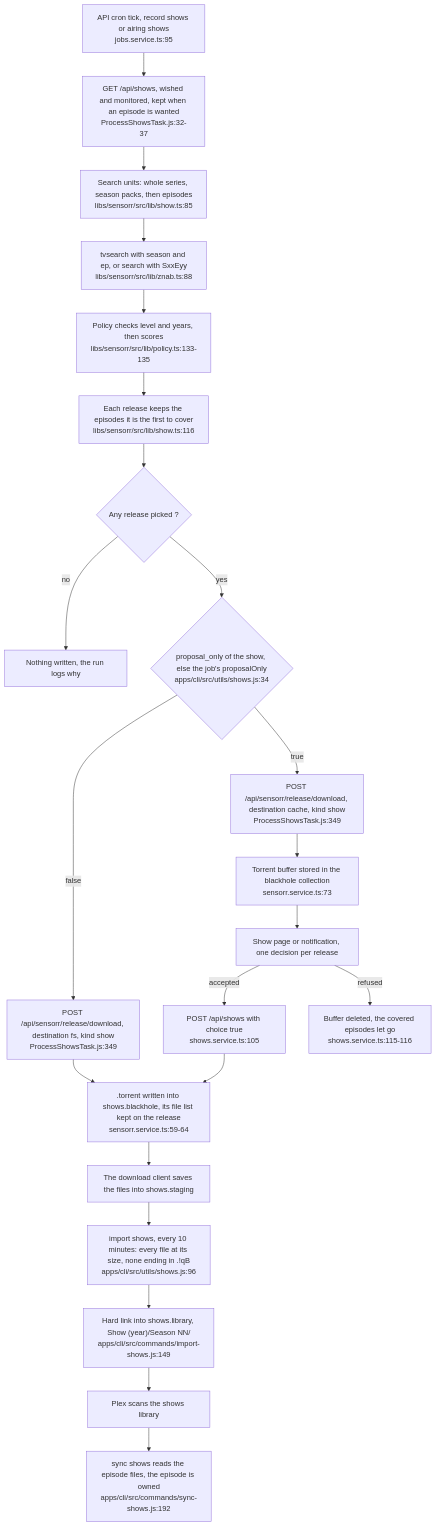
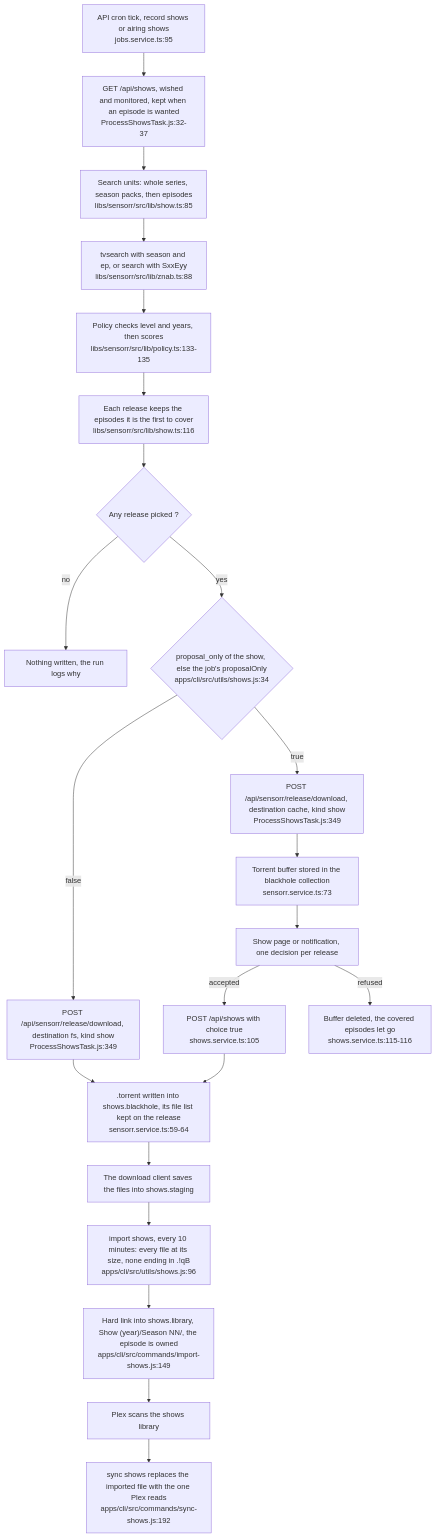
Before and after one commit to thcolin/sensorr: the second of 2 diagrams in docs/architecture.md, drawn with Mermaid. The commit also changed other lines of this file and 1 other file, not shown here.

Commit message:
docs(tvshows): say how show releases, imports and overdue work now

````diff
--- a/docs/architecture.md
+++ b/docs/architecture.md
@@ -141,31 +141,31 @@
 ```mermaid
 flowchart TD
   cron["API cron tick, record shows or airing shows<br/>jobs.service.ts:95"] --> fetch
   fetch["GET /api/shows, wished and monitored, kept when an episode is wanted<br/>ProcessShowsTask.js:32-37"] --> units
   units["Search units: whole series, season packs, then episodes<br/>libs/sensorr/src/lib/show.ts:85"] --> search
   search["tvsearch with season and ep, or search with SxxEyy<br/>libs/sensorr/src/lib/znab.ts:88"] --> policy
   policy["Policy checks level and years, then scores<br/>libs/sensorr/src/lib/policy.ts:133-135"] --> pick
   pick["Each release keeps the episodes it is the first to cover<br/>libs/sensorr/src/lib/show.ts:116"] --> picked
 
   picked{"Any release picked ?"}
   picked -->|no| stop["Nothing written, the run logs why"]
   picked -->|yes| branch
 
   branch{"proposal_only of the show, else the job's proposalOnly<br/>apps/cli/src/utils/shows.js:34"}
   branch -->|false| dlfs["POST /api/sensorr/release/download, destination fs, kind show<br/>ProcessShowsTask.js:349"]
   branch -->|true| dlcache["POST /api/sensorr/release/download, destination cache, kind show<br/>ProcessShowsTask.js:349"]
 
   dlfs --> blackhole[".torrent written into shows.blackhole, its file list kept on the release<br/>sensorr.service.ts:59-64"]
   dlcache --> cached["Torrent buffer stored in the blackhole collection<br/>sensorr.service.ts:73"]
 
   cached --> review["Show page or notification, one decision per release"]
   review -->|accepted| accept["POST /api/shows with choice true<br/>shows.service.ts:105"]
   review -->|refused| refuse["Buffer deleted, the covered episodes let go<br/>shows.service.ts:115-116"]
   accept --> blackhole
 
   blackhole --> client["The download client saves the files into shows.staging"]
   client --> import["import shows, every 10 minutes: every file at its size, none ending in .!qB<br/>apps/cli/src/utils/shows.js:96"]
-  import --> link["Hard link into shows.library, Show (year)/Season NN/<br/>apps/cli/src/commands/import-shows.js:149"]
+  import --> link["Hard link into shows.library, Show (year)/Season NN/, the episode is owned<br/>apps/cli/src/commands/import-shows.js:149"]
   link --> plex["Plex scans the shows library"]
-  plex --> sync["sync shows reads the episode files, the episode is owned<br/>apps/cli/src/commands/sync-shows.js:192"]
+  plex --> sync["sync shows replaces the imported file with the one Plex reads<br/>apps/cli/src/commands/sync-shows.js:192"]
 ```
````
